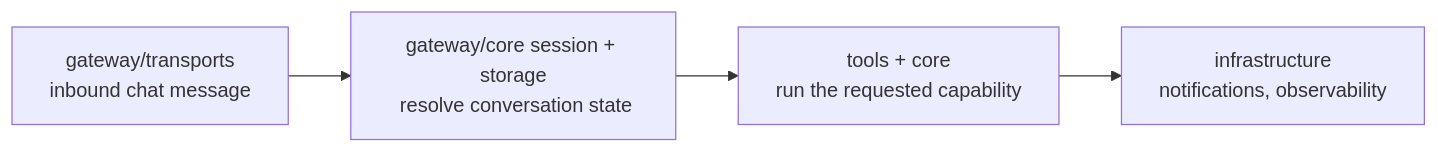
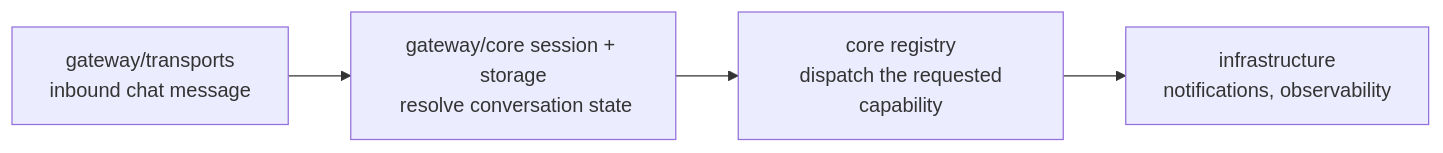
Before and after one commit to Devesh36/opensre: the third of 3 diagrams in docs/ARCHITECTURE.md, drawn with Mermaid. The commit also changed other lines of this file and 19 other files, not shown here.

````diff
--- a/docs/ARCHITECTURE.md
+++ b/docs/ARCHITECTURE.md
@@ -212,6 +214,6 @@
 ```mermaid
 flowchart LR
     A["gateway/transports\n inbound chat message"] --> B["gateway/core session + storage\n resolve conversation state"]
-    B --> C["tools + core\n run the requested capability"]
+    B --> C["core registry\n dispatch the requested capability"]
     C --> D["infrastructure\n notifications, observability"]
 ```
````
